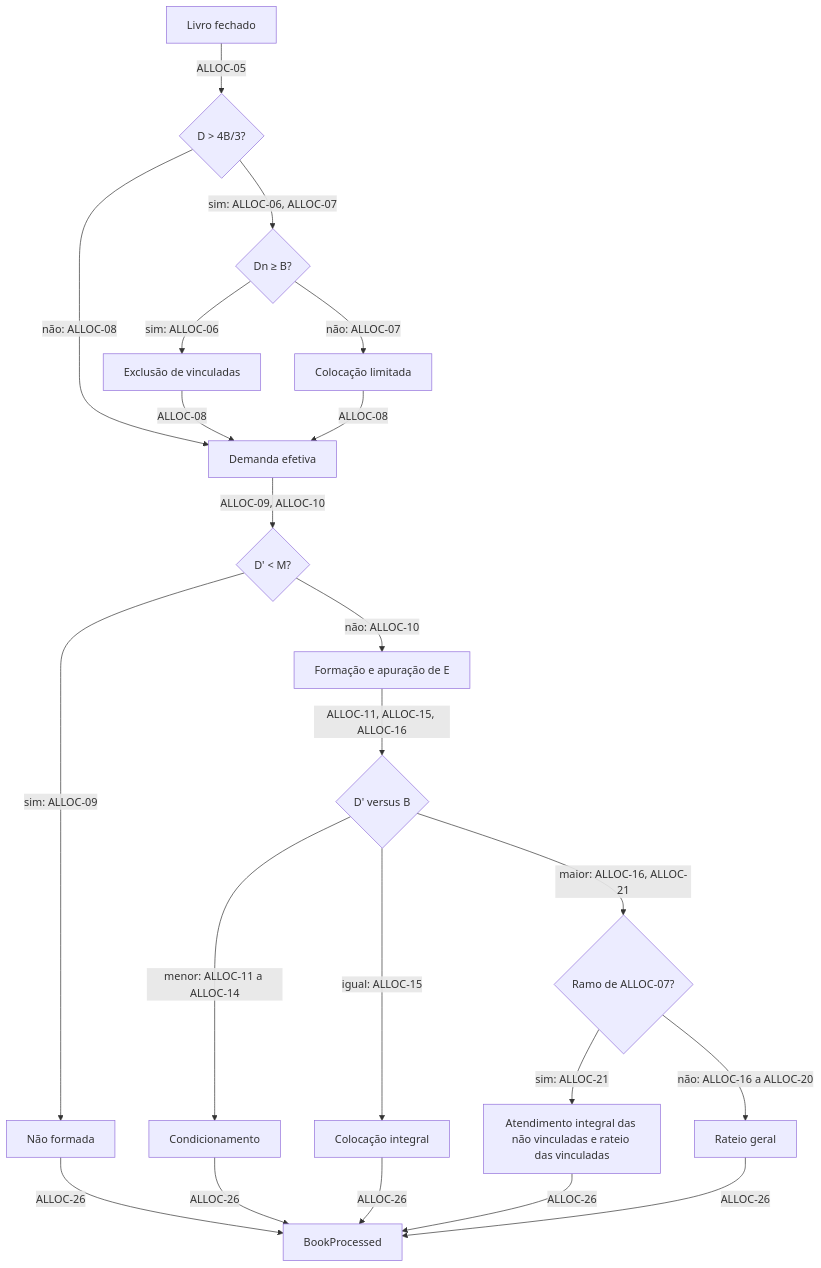
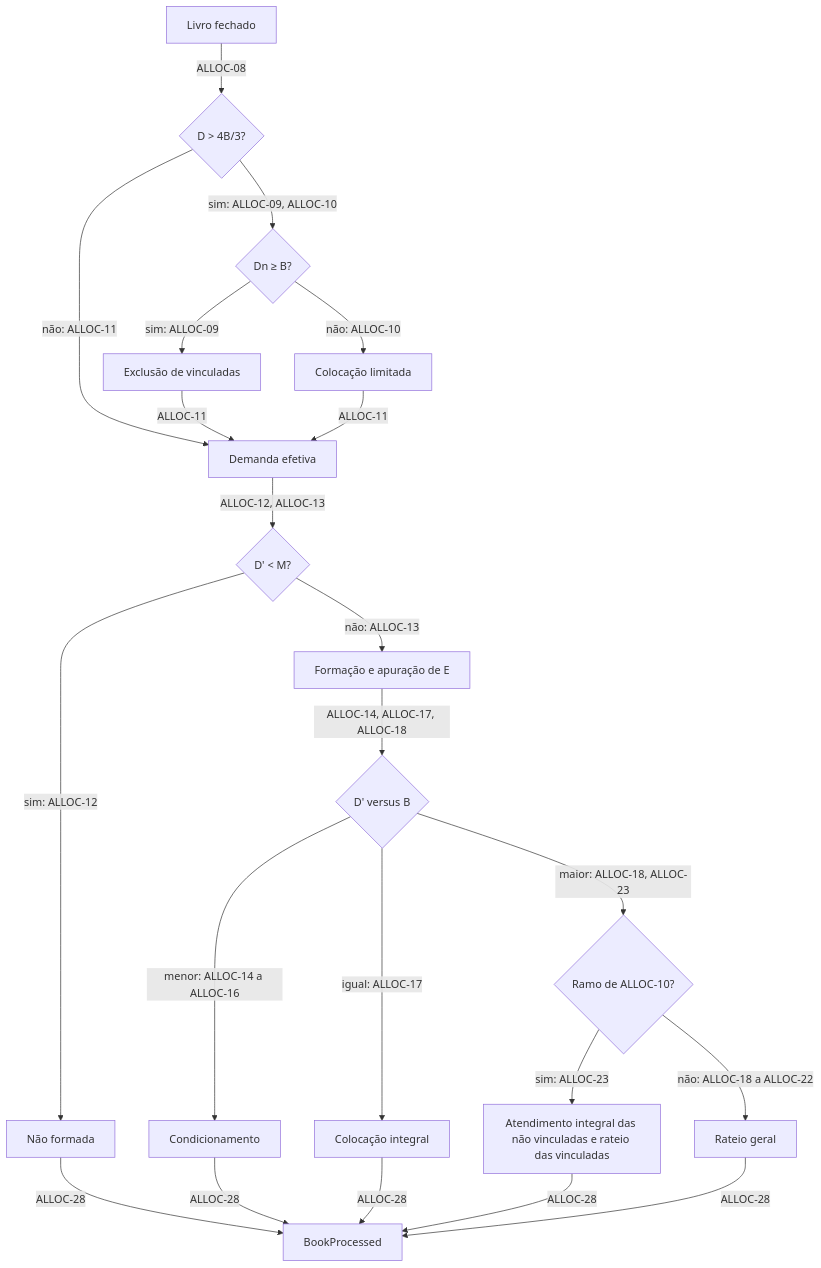
Before and after one commit to guilhermesalvi/fund-distribution-platform: the second of 2 diagrams in docs/specs/book-processing/spec.md, drawn with Mermaid. The commit also changed other lines of this file and 7 other files, not shown here.

````diff
--- a/docs/specs/book-processing/spec.md
+++ b/docs/specs/book-processing/spec.md
@@ -68,24 +83,24 @@
 ```mermaid
 flowchart TD
-    startNode["Livro fechado"] -->|ALLOC-05| demandNode{"D > 4B/3?"}
-    demandNode -->|"não: ALLOC-08"| effectiveNode["Demanda efetiva"]
-    demandNode -->|"sim: ALLOC-06, ALLOC-07"| relatedNode{"Dn ≥ B?"}
-    relatedNode -->|"sim: ALLOC-06"| excludeNode["Exclusão de vinculadas"]
-    relatedNode -->|"não: ALLOC-07"| limitedNode["Colocação limitada"]
-    excludeNode -->|ALLOC-08| effectiveNode
-    limitedNode -->|ALLOC-08| effectiveNode
-    effectiveNode -->|ALLOC-09, ALLOC-10| formationNode{"D' < M?"}
-    formationNode -->|"sim: ALLOC-09"| lapseNode["Não formada"]
-    formationNode -->|"não: ALLOC-10"| formedNode["Formação e apuração de E"]
-    formedNode -->|ALLOC-11, ALLOC-15, ALLOC-16| branchNode{"D' versus B"}
-    branchNode -->|"menor: ALLOC-11 a ALLOC-14"| partialNode["Condicionamento"]
-    branchNode -->|"igual: ALLOC-15"| fullNode["Colocação integral"]
-    branchNode -->|"maior: ALLOC-16, ALLOC-21"| limitCheck{"Ramo de ALLOC-07?"}
-    limitCheck -->|"sim: ALLOC-21"| limitedAllocation["Atendimento integral das não vinculadas e rateio das vinculadas"]
-    limitCheck -->|"não: ALLOC-16 a ALLOC-20"| scaleNode["Rateio geral"]
-    lapseNode -->|ALLOC-26| resultNode["BookProcessed"]
-    partialNode -->|ALLOC-26| resultNode
-    fullNode -->|ALLOC-26| resultNode
-    limitedAllocation -->|ALLOC-26| resultNode
-    scaleNode -->|ALLOC-26| resultNode
+    startNode["Livro fechado"] -->|ALLOC-08| demandNode{"D > 4B/3?"}
+    demandNode -->|"não: ALLOC-11"| effectiveNode["Demanda efetiva"]
+    demandNode -->|"sim: ALLOC-09, ALLOC-10"| relatedNode{"Dn ≥ B?"}
+    relatedNode -->|"sim: ALLOC-09"| excludeNode["Exclusão de vinculadas"]
+    relatedNode -->|"não: ALLOC-10"| limitedNode["Colocação limitada"]
+    excludeNode -->|ALLOC-11| effectiveNode
+    limitedNode -->|ALLOC-11| effectiveNode
+    effectiveNode -->|ALLOC-12, ALLOC-13| formationNode{"D' < M?"}
+    formationNode -->|"sim: ALLOC-12"| lapseNode["Não formada"]
+    formationNode -->|"não: ALLOC-13"| formedNode["Formação e apuração de E"]
+    formedNode -->|ALLOC-14, ALLOC-17, ALLOC-18| branchNode{"D' versus B"}
+    branchNode -->|"menor: ALLOC-14 a ALLOC-16"| partialNode["Condicionamento"]
+    branchNode -->|"igual: ALLOC-17"| fullNode["Colocação integral"]
+    branchNode -->|"maior: ALLOC-18, ALLOC-23"| limitCheck{"Ramo de ALLOC-10?"}
+    limitCheck -->|"sim: ALLOC-23"| limitedAllocation["Atendimento integral das não vinculadas e rateio das vinculadas"]
+    limitCheck -->|"não: ALLOC-18 a ALLOC-22"| scaleNode["Rateio geral"]
+    lapseNode -->|ALLOC-28| resultNode["BookProcessed"]
+    partialNode -->|ALLOC-28| resultNode
+    fullNode -->|ALLOC-28| resultNode
+    limitedAllocation -->|ALLOC-28| resultNode
+    scaleNode -->|ALLOC-28| resultNode
 ```
````
